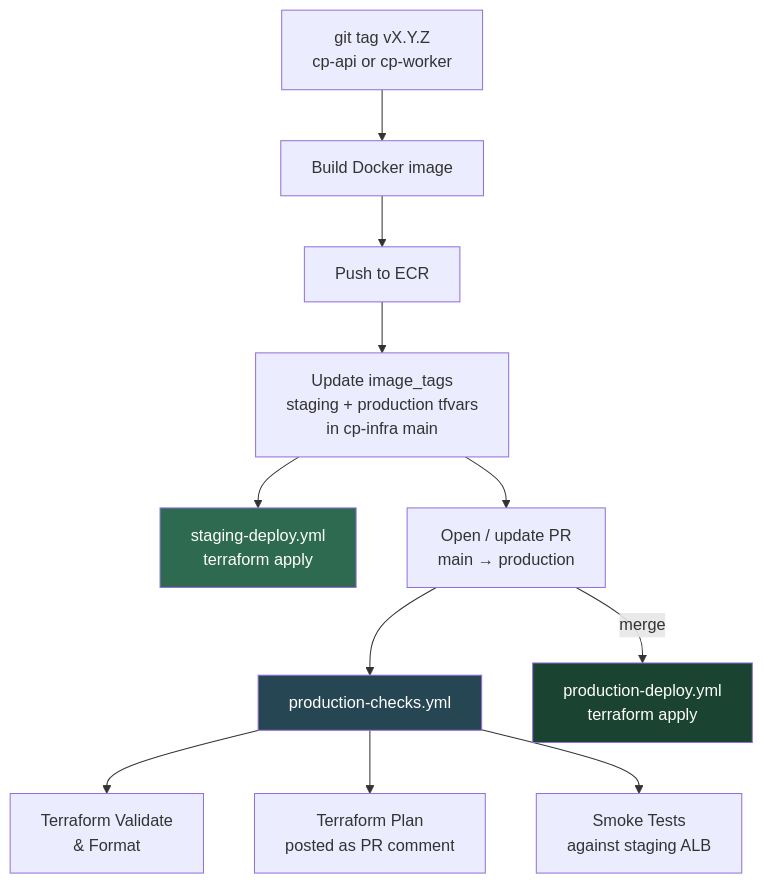
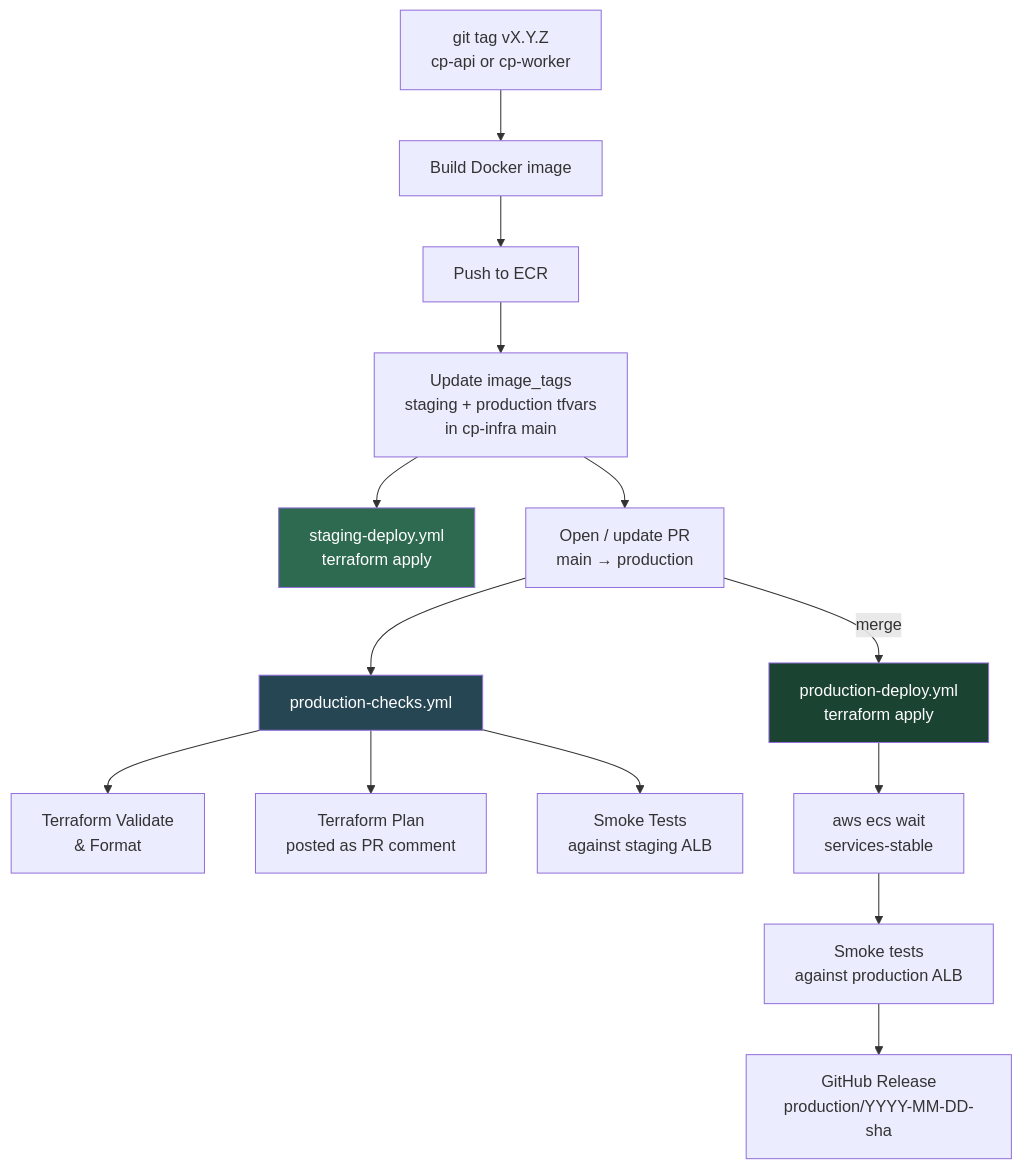
Before and after one commit to cp-koss110/cp-infra: the second of 4 diagrams in README.md, drawn with Mermaid. The commit also changed other lines of this file, not shown here.

````diff
--- a/README.md
+++ b/README.md
@@ -49,19 +49,22 @@
 ```mermaid
 flowchart TD
     tag[git tag vX.Y.Z\ncp-api or cp-worker] --> build[Build Docker image]
     build --> push[Push to ECR]
     push --> tfvars[Update image_tags\nstaging + production tfvars\nin cp-infra main]
     tfvars --> staging_deploy[staging-deploy.yml\nterraform apply]
     tfvars --> pr[Open / update PR\nmain → production]
 
     pr --> checks[production-checks.yml]
     checks --> validate[Terraform Validate\n& Format]
     checks --> plan[Terraform Plan\nposted as PR comment]
     checks --> smoke[Smoke Tests\nagainst staging ALB]
 
     pr -->|merge| prod_deploy[production-deploy.yml\nterraform apply]
+    prod_deploy --> ecs_wait[aws ecs wait\nservices-stable]
+    ecs_wait --> prod_smoke[Smoke tests\nagainst production ALB]
+    prod_smoke --> gh_release[GitHub Release\nproduction/YYYY-MM-DD-sha]
 
     style staging_deploy fill:#2d6a4f,color:#fff
     style prod_deploy fill:#1b4332,color:#fff
     style checks fill:#264653,color:#fff
 ```
````
